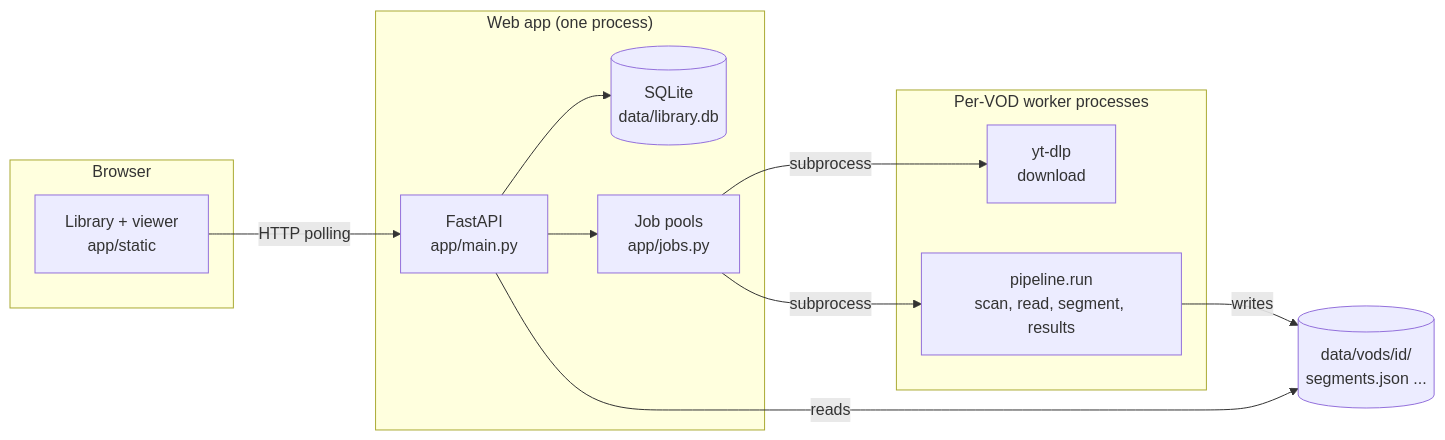
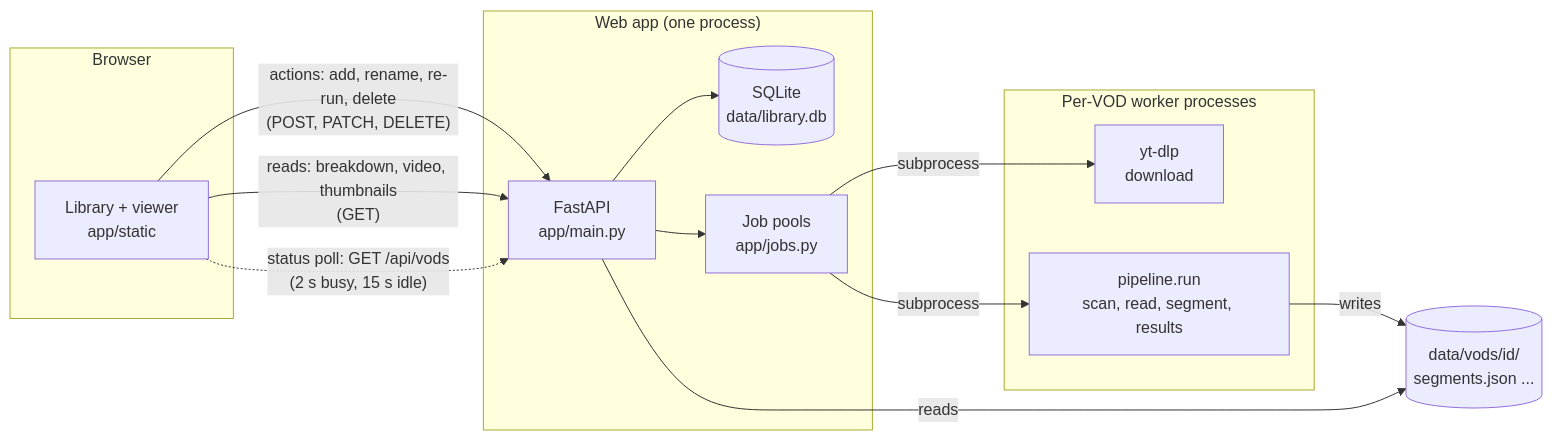
The first of 3 diagrams in docs/01-overview.md (KBavis/coach-dnunz), drawn with Mermaid before and after one commit. The commit also changed other lines of this file and 3 other files, not shown here.

First line of the commit message:
feat: adaptive polling; docs show actions, reads and polling separately

````diff
--- a/docs/01-overview.md
+++ b/docs/01-overview.md
@@ -43,22 +43,24 @@
 ```mermaid
 flowchart LR
     subgraph Browser
         UI[Library + viewer<br/>app/static]
     end
     subgraph "Web app (one process)"
         API[FastAPI<br/>app/main.py]
         DB[(SQLite<br/>data/library.db)]
         Jobs[Job pools<br/>app/jobs.py]
     end
     subgraph "Per-VOD worker processes"
         YT[yt-dlp<br/>download]
         P[pipeline.run<br/>scan, read, segment, results]
     end
-    UI -- HTTP polling --> API
+    UI -- "actions: add, rename, re-run, delete<br/>(POST, PATCH, DELETE)" --> API
+    UI -- "reads: breakdown, video, thumbnails<br/>(GET)" --> API
+    UI -. "status poll: GET /api/vods<br/>(2 s busy, 15 s idle)" .-> API
     API --> DB
     API --> Jobs
     Jobs -- subprocess --> YT
     Jobs -- subprocess --> P
     P -- writes --> Files[(data/vods/id/<br/>segments.json ...)]
     API -- reads --> Files
 ```
````
